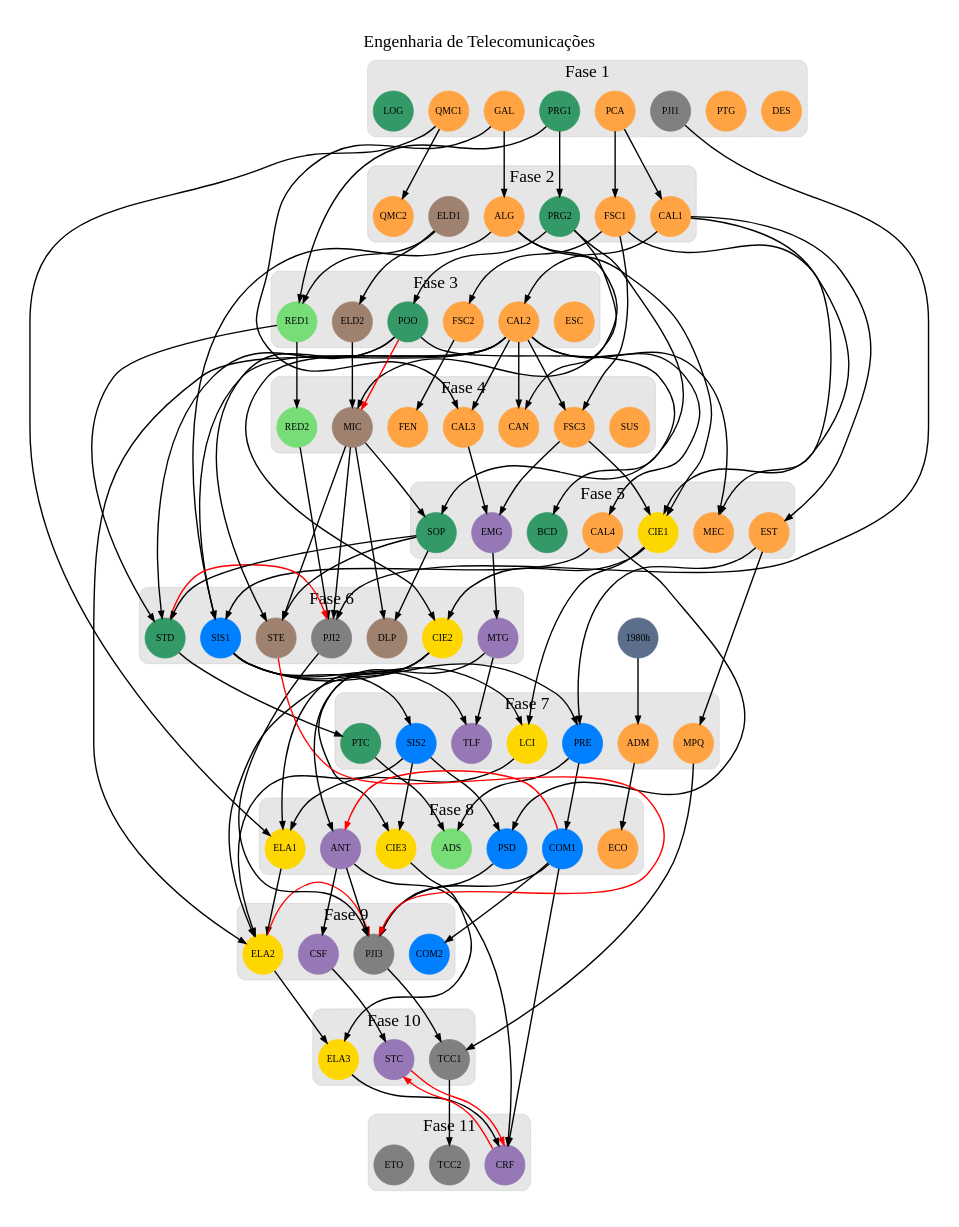
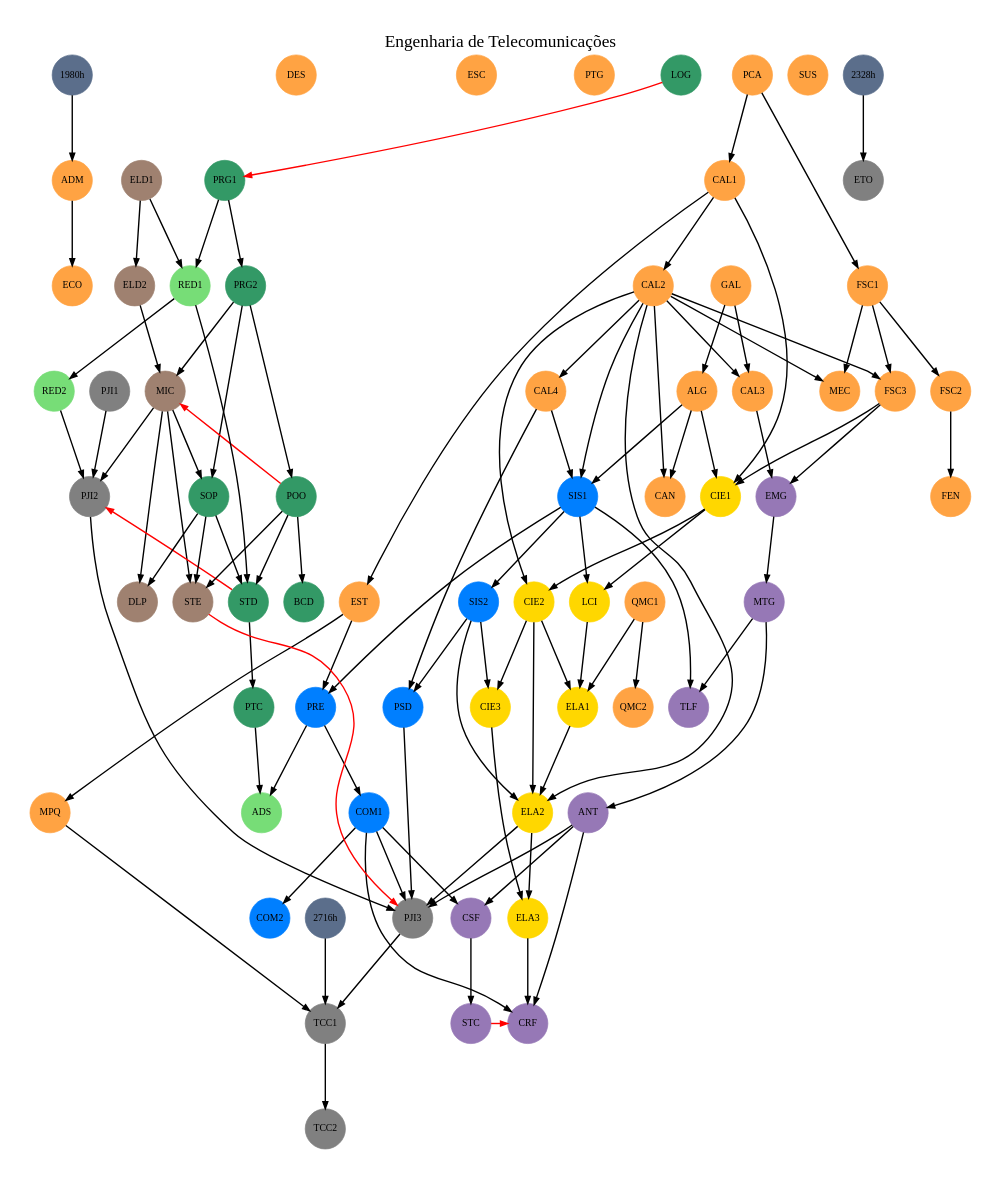
One commit to emersonmello/grade-dot-engtelecom changed the diagram in engtelecom.dot. Above: the diagram before and after it, drawn with Graphviz.

Commit message:
ajuste da CH e pré-requisitos após consulta 29/10/19

```diff
--- a/engtelecom.dot
+++ b/engtelecom.dot
@@ -1,15 +1,11 @@
 digraph EngTelecom {
-    layout = dot  // circo, dot, fdp, neato, osage, sfdp, twopi
+    layout = dot
     label ="Engenharia de Telecomunicações"
     labelloc = t
-    // graph [nodesep=0.3, ranksep=1.3]#, splines=ortho]#, splines=lines] # ortho
-    // node [labelloc=c fontsize=10, style=filled, shape=box, style="rounded,filled"]
-    // edge [arrowsize=.5]
-   
     // bgcolor="#2e3e56"
 	  pad="0.5" /* add padding round the edge of the graph */
-    graph [nodesep=0.3, ranksep=1.3, fontname="helvetica Neue Ultra Light", fontcolor="#000000" fontsize=25]
-    node [shape="circle", width=".8", style="filled", labelloc=c, fontname="helvetica Neue Ultra Light bold"fixedsize=true]
+    graph [nodesep=0.3, ranksep=1.3, fontname="helvetica Neue Ultra Light", fontcolor="#000000", fontsize=25]
+    node [shape="circle", width=".8", style="filled", labelloc=c, fontname="helvetica Neue Ultra Light bold", fixedsize=true]
     // edge [color="#fcfcfc", penwidth="2", fontname="helvetica Neue Ultra Light"]
     edge [color="#000000", penwidth="2", fontname="helvetica Neue Ultra Light"]
 
@@ -41,18 +37,17 @@
     {FSC1} -> FSC2
     {FSC1 CAL2} -> FSC3
 
-
     // Eixo amarelo
     {CAL1 ALG FSC3} -> CIE1
     {CIE1 CAL2} -> CIE2
-    {CIE2 SIS2} -> CIE3 # TODO verificar
-    {CIE2 LCI QMC1} -> ELA1 # TODO verificar
+    {CIE2 SIS2} -> CIE3 
+    {CIE2 LCI QMC1} -> ELA1
     {CAL2 CIE2 ELA1 SIS2} -> ELA2
     {ELA2 CIE3} -> ELA3
     {CIE1 SIS1} -> LCI
 
     // Eixo azul
-    {PRE} -> COM1 # recomendada: sis2
+    {PRE} -> COM1 # recomendada: SIS2
     {COM1} -> COM2 # recomendada: PSD
     {EST SIS1} -> PRE # recomendada: PRG1, CAL4
     {CAL2 ALG CAL4} -> SIS1
@@ -61,33 +56,31 @@
 
     // Eixo cinza
     {} -> PJI1
-    {PJI1 RED2 MIC} -> PJI2 # TODO colocar STD como pré-requisito
+    {PJI1 RED2 MIC} -> PJI2
     {STD} -> PJI2 [color="#FF0000" constraint=false]
-    {PJI2 ANT PSD COM1} -> PJI3 # recomendada DLP # TODO Colocamos ELA2 como coreq
+    {PJI2 ANT PSD COM1 ELA2} -> PJI3 # recomendada: DLP 
     {STE} -> PJI3 [color="#FF0000" constraint=false]
-    {ELA2}-> PJI3 [color="#FF0000" constraint=false]
-    {MPQ PJI3} -> TCC1 # TODO colocar CH como pré-requisito - tirei PTG
+    {MPQ PJI3 horasTCC} -> TCC1 # TODO colocar CH como pré-requisito - tirei PTG
     {TCC1} -> TCC2
+    {horasETO} -> ETO
 
     // Eixo marrom
     {SOP MIC} -> DLP
     {} -> ELD1
-    {ELD1} -> ELD2 # ELA1 como recomendada
+    {ELD1} -> ELD2 # recomendada: ELA1
     {ELD2 PRG2} -> MIC
     {POO} -> MIC [color="#FF0000" constraint=false]
-    {MIC SOP POO} -> STE
+    {MIC SOP POO} -> STE # recomendada: DLP
 
     // Eixo roxo
-    {MTG} -> ANT
-    {COM1} -> ANT [color="#FF0000" constraint=false]
-    {COM1 ANT ELA3} -> CRF # recomendada CSF
+    {MTG} -> ANT # recomendada: COM1
+    {COM1 ANT ELA3} -> CRF # recomendada: CSF
     {STC} -> CRF [color="#FF0000" constraint=false]
-    {ANT} -> CSF # recomendada: COM1
+    {ANT COM1} -> CSF
     {FSC3 CAL3} -> EMG
     {EMG} -> MTG # recomendada: CAL4
     {CSF} -> STC
-    {CRF} -> STC [color="#FF0000" constraint=false]
-    {MTG SIS1} -> TLF
+    {SIS1 MTG} -> TLF
 
     // Eixo verde claro
     {ELD1 PRG1} -> RED1
@@ -96,139 +89,130 @@
 
     // Eixo verde escuro
     {} -> LOG
-    // {LOG} -> PRG1 [color="#FF0000" constraint=false]
-    {} -> PRG1
+    {LOG} -> PRG1 [color="#FF0000" constraint=false]
+    // {} -> PRG1
     {PRG1} -> PRG2
     {PRG2} -> POO
     {PRG2 MIC} -> SOP
     {POO RED1 SOP} -> STD
     {POO} -> BCD
-    {STD} -> PTC # RED2 como recomendada
-
-
+    {STD} -> PTC # recomendada: RED2
 
     // Fases
 
-    subgraph cluster_fase1 {
-      label = "Fase 1"
-      // style = filled
-      style="rounded"
-      bgcolor= "#e6e6e6" #"#5b6e8b"
-      color = lightgrey
+    // subgraph cluster_fase1 {
+    //   label = "Fase 1"
+    //   style="rounded"
+    //   bgcolor= "#e6e6e6" #"#5b6e8b"
+    //   color = lightgrey
 
-      LOG PCA PJI1 GAL PTG DES PRG1 QMC1
-    }
+    //   LOG PCA PJI1 GAL PTG DES PRG1 QMC1
+    // }
 
-    subgraph cluster_fase2 {
-      label = "Fase 2"
-      style="rounded"
-      bgcolor="#e6e6e6"
-      // style = filled
-      color = lightgrey
+    // subgraph cluster_fase2 {
+    //   label = "Fase 2"
+    //   style="rounded"
+    //   bgcolor="#e6e6e6"
+    //   color = lightgrey
 
-      CAL1 FSC1 ALG ELD1 PRG2 QMC2
-    }
+    //   CAL1 FSC1 ALG ELD1 PRG2 QMC2
+    // }
 
-    subgraph clusterFase3 {
-      label = "Fase 3"
-      style="rounded"
-      bgcolor="#e6e6e6"
-      // style = filled
-      color = lightgrey
+    // subgraph clusterFase3 {
+    //   label = "Fase 3"
+    //   style="rounded"
+    //   bgcolor="#e6e6e6"
+    //   color = lightgrey
 
-      CAL2 FSC2 ELD2 POO RED1 ESC
-    }
+    //   CAL2 FSC2 ELD2 POO RED1 ESC
+    // }
 
-    subgraph clusterFase4 {
-      label = "Fase 4"
-      style="rounded"
-      bgcolor="#e6e6e6"
-      // style=filled
-      color=lightgrey
+    // subgraph clusterFase4 {
+    //   label = "Fase 4"
+    //   style="rounded"
+    //   bgcolor="#e6e6e6"
+    //   color=lightgrey
 
-      RED2 MIC CAL3 FSC3 FEN CAN SUS 
+    //   RED2 MIC CAL3 FSC3 FEN CAN SUS 
     
-    }
+    // }
 
-    subgraph cluster_fase5 {
-      label = "Fase 5"
-      style="rounded"
-      bgcolor="#e6e6e6"
-      // style=filled
-      color=lightgrey
+    // subgraph cluster_fase5 {
+    //   label = "Fase 5"
+    //   style="rounded"
+    //   bgcolor="#e6e6e6"
+    //   color=lightgrey
 
-      CAL4 EMG CIE1 BCD SOP EST MEC
-    }
+    //   CAL4 EMG CIE1 BCD SOP EST MEC
+    // }
 
 
-    subgraph cluster_fase6 {
-      label = "Fase 6"
-      style="rounded"
-      bgcolor="#e6e6e6"
-      // style=filled
-      color=lightgrey
+    // subgraph cluster_fase6 {
+    //   label = "Fase 6"
+    //   style="rounded"
+    //   bgcolor="#e6e6e6"
+    //   color=lightgrey
 
-      SIS1 CIE2 STD PJI2 MTG STE DLP
-    }
+    //   SIS1 CIE2 STD PJI2 MTG STE DLP
+    // }
 
-    subgraph cluster_fase7 {
-      label = "Fase 7"
-      style="rounded"
-      bgcolor="#e6e6e6"
-      // style=filled
-      color=lightgrey
+    // subgraph cluster_fase7 {
+    //   label = "Fase 7"
+    //   style="rounded"
+    //   bgcolor="#e6e6e6"
+    //   color=lightgrey
 
-     LCI TLF PRE SIS2 PTC MPQ ADM
-    }
+    //  LCI TLF PRE SIS2 PTC MPQ ADM
+    // }
 
-    subgraph cluster_fase8 {
-      label = "Fase 8"
-      style="rounded"
-      bgcolor="#e6e6e6"
-      // style=filled
-      color=lightgrey
+    // subgraph cluster_fase8 {
+    //   label = "Fase 8"
+    //   style="rounded"
+    //   bgcolor="#e6e6e6"
+    //   color=lightgrey
 
-      ELA1 CIE3 ADS PSD COM1 ANT ECO
-    }
+    //   ELA1 CIE3 ADS PSD COM1 ANT ECO
+    // }
 
-    subgraph cluster_fase9 {
-      label = "Fase 9"
-      style="rounded"
-      bgcolor="#e6e6e6"
-      // style=filled
-      color=lightgrey
+    // subgraph cluster_fase9 {
+    //   label = "Fase 9"
+    //   style="rounded"
+    //   bgcolor="#e6e6e6"
+    //   color=lightgrey
 
-      COM2 ELA2 CSF PJI3 
-    }
+    //   COM2 ELA2 CSF PJI3 
+    // }
 
-    subgraph cluster_fase10 {
-      label = "Fase 10"
-      style="rounded"
-      bgcolor="#e6e6e6"
-      // style=filled
-      color=lightgrey
+    // subgraph cluster_fase10 {
+    //   label = "Fase 10"
+    //   style="rounded"
+    //   bgcolor="#e6e6e6"
+    //   color=lightgrey
 
-      STC ELA3 TCC1
-    }
+    //   STC ELA3 TCC1
+    // }
 
-    subgraph cluster_fase11 {
-      label = "Fase 11"
-      style="rounded"
-      bgcolor="#e6e6e6"
-      // style=filled
-      color=lightgrey
+    // subgraph cluster_fase11 {
+    //   label = "Fase 11"
+    //   style="rounded"
+    //   bgcolor="#e6e6e6"
+    //   color=lightgrey
 
-      TCC2 ETO CRF
-    }
+    //   TCC2 ETO CRF
+    // }
 
 
-      // expressão regular
-      // (\w{3,4}) (\[ch=\d{2,3}) - find
-      // $1 $2, color="#FFA343, id=$1 - replace
+    // A expressão regular abaixo serve para substituir as propriedades
+    // dos nós, por exemplo, para adicionar a propriedade color
+
+    // find: (\w{3,4}) (\[ch=\d{2,3})
+    // replace: $1 $2, color="#FFA343, id=$1
 
     // propriedades dos nós
 
-    horas1980 [label="1980h", color="#5b6e8b", id="1980h"]
+    horas1980 [label="1980h", color="#5b6e8b", id="1980h"] # TODO rever isso para ADM
+    horasTCC [label="2716h",  color="#5b6e8b", id="2716h"] # TODO CEPE 70% da CH atual, 3.880
+    horasETO [label="2328h",  color="#5b6e8b", id="2328h"] # TODO CEPE 60% da CH atual, 3.880
 
     ADM [ch=40, color="#FFA343", id=ADM] # TODO pré-requisito 1980h
     ALG [ch=60, color="#FFA343", id=ALG]
```
